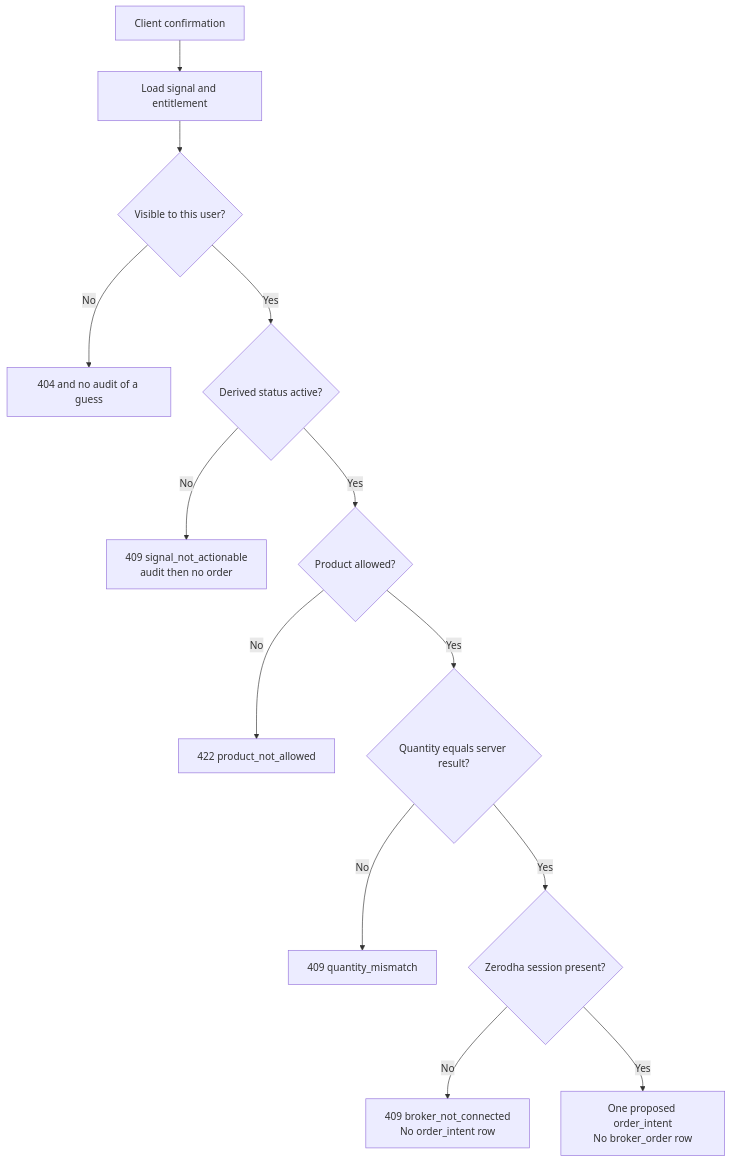
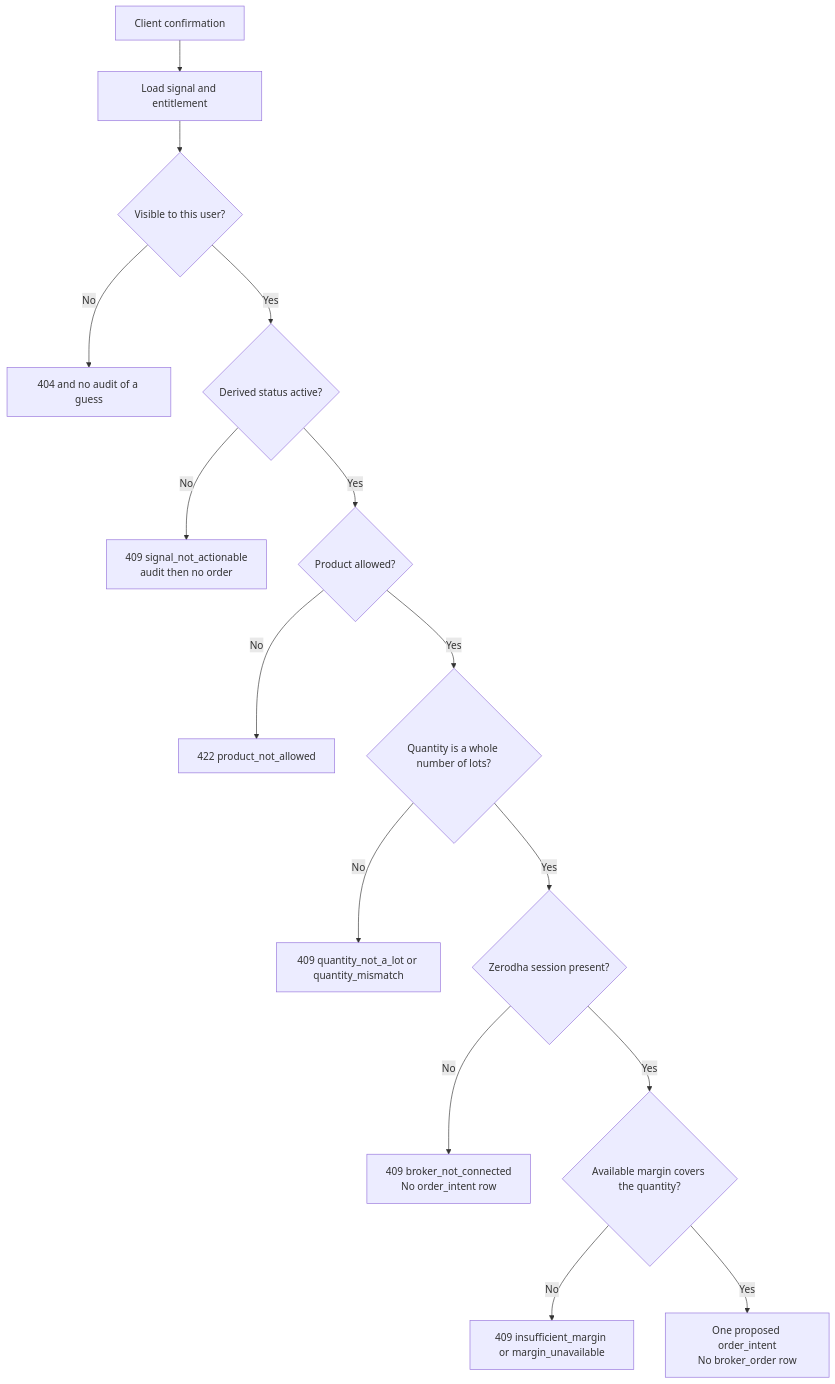
One commit to chandradibyendu-oss/quantivo_mo changed the fourth of 5 diagrams in docs/architecture/DATA_FLOW.md. Above: the diagram before and after it, drawn with Mermaid. The commit also changed 18 other files, not shown here.

Commit message:
Let a trader confirm any whole-lot quantity, and keep it only when Zerodha margin covers it.

````diff
--- a/docs/architecture/DATA_FLOW.md
+++ b/docs/architecture/DATA_FLOW.md
@@ -86,15 +86,17 @@
 ```mermaid
 flowchart TD
   client[Client confirmation] --> load[Load signal and entitlement]
   load --> found{Visible to this user?}
   found -->|No| missing[404 and no audit of a guess]
   found -->|Yes| state{Derived status active?}
   state -->|No| rejectState[409 signal_not_actionable<br/>audit then no order]
   state -->|Yes| product{Product allowed?}
   product -->|No| rejectProduct[422 product_not_allowed]
-  product -->|Yes| qty{Quantity equals server result?}
-  qty -->|No| rejectQty[409 quantity_mismatch]
+  product -->|Yes| qty{Quantity is a whole number of lots?}
+  qty -->|No| rejectQty[409 quantity_not_a_lot or quantity_mismatch]
   qty -->|Yes| broker{Zerodha session present?}
   broker -->|No| rejectBroker[409 broker_not_connected<br/>No order_intent row]
-  broker -->|Yes| save[One proposed order_intent<br/>No broker_order row]
+  broker -->|Yes| margin{Available margin covers the quantity?}
+  margin -->|No| rejectMargin[409 insufficient_margin or margin_unavailable]
+  margin -->|Yes| save[One proposed order_intent<br/>No broker_order row]
 ```
````
